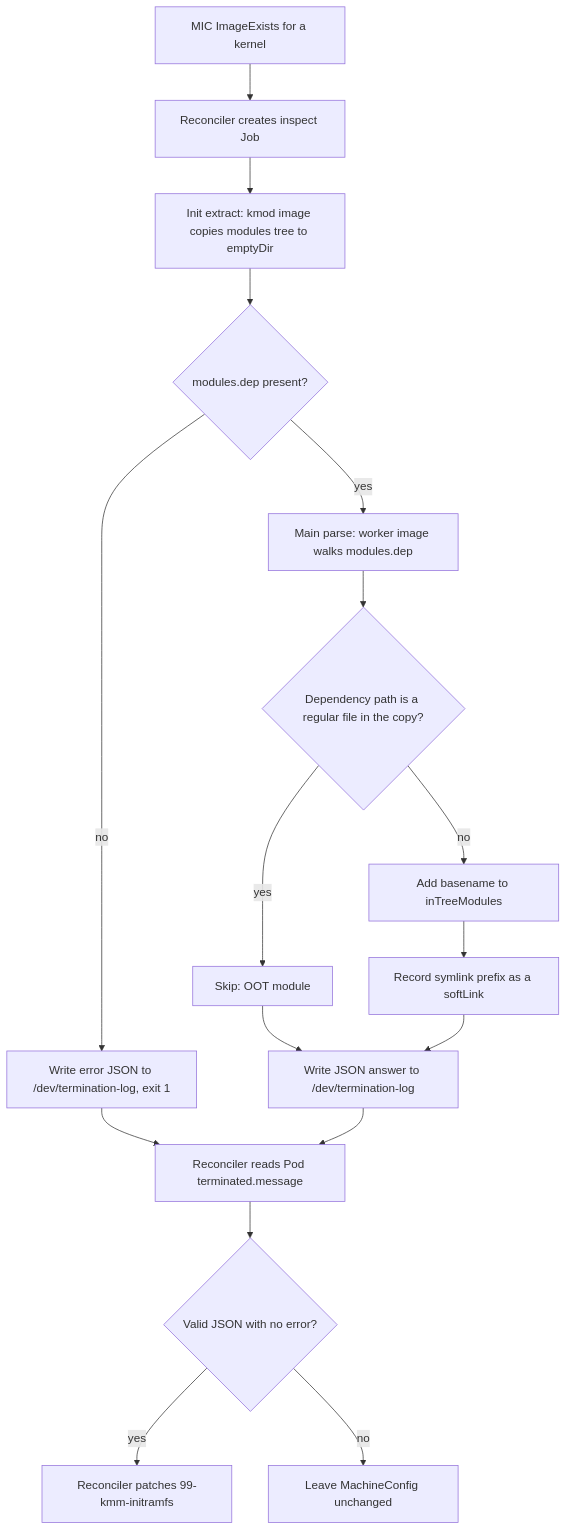
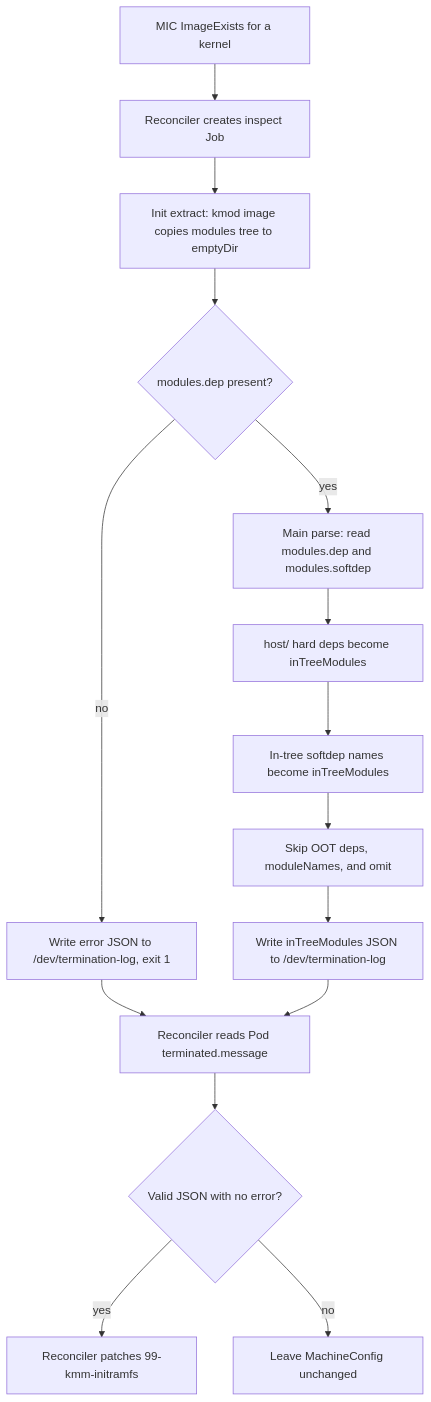
Before and after one commit to rh-ecosystem-edge/kernel-module-management: the second of 3 diagrams in docs/enhancements/0007-initramfs-oot-modules-design.md, drawn with Mermaid. The commit also changed other lines of this file, not shown here.

````diff
--- a/docs/enhancements/0007-initramfs-oot-modules-design.md
+++ b/docs/enhancements/0007-initramfs-oot-modules-design.md
@@ -152,27 +157,24 @@
 ```mermaid
 flowchart TD
   exists[MIC ImageExists for a kernel]
   job[Reconciler creates inspect Job]
   init["Init extract: kmod image copies modules tree to emptyDir"]
   present{modules.dep present?}
   initErr["Write error JSON to /dev/termination-log, exit 1"]
-  parse["Main parse: worker image walks modules.dep"]
-  kind{Dependency path is a regular file in the copy?}
-  oot[Skip: OOT module]
-  add["Add basename to inTreeModules"]
-  link["Record symlink prefix as a softLink"]
-  write["Write JSON answer to /dev/termination-log"]
+  parse["Main parse: read modules.dep and modules.softdep"]
+  hard["host/ hard deps become inTreeModules"]
+  soft["In-tree softdep names become inTreeModules"]
+  skip["Skip OOT deps, moduleNames, and omit"]
+  write["Write inTreeModules JSON to /dev/termination-log"]
   status[Reconciler reads Pod terminated.message]
   ok{Valid JSON with no error?}
   embed[Reconciler patches 99-kmm-initramfs]
   wait[Leave MachineConfig unchanged]
   exists --> job --> init --> present
   present -->|no| initErr --> status
-  present -->|yes| parse --> kind
-  kind -->|yes| oot --> write
-  kind -->|no| add --> link --> write
+  present -->|yes| parse --> hard --> soft --> skip --> write
   write --> status
   status --> ok
   ok -->|yes| embed
   ok -->|no| wait
 ```
````
